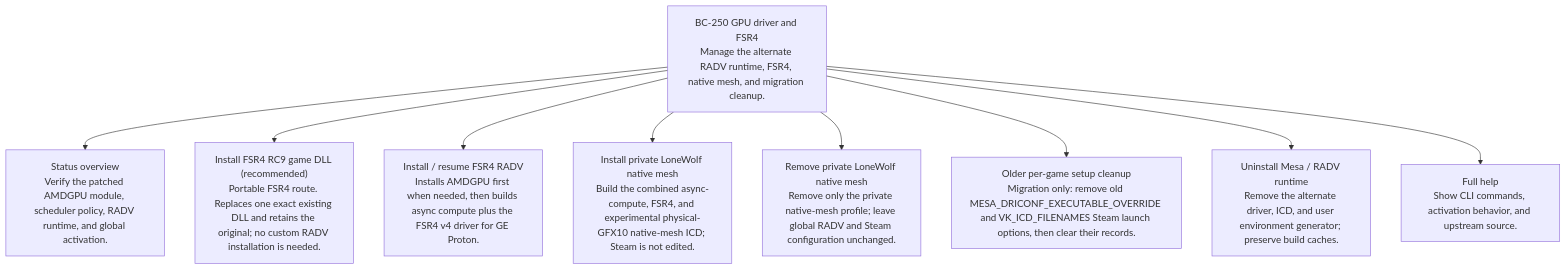
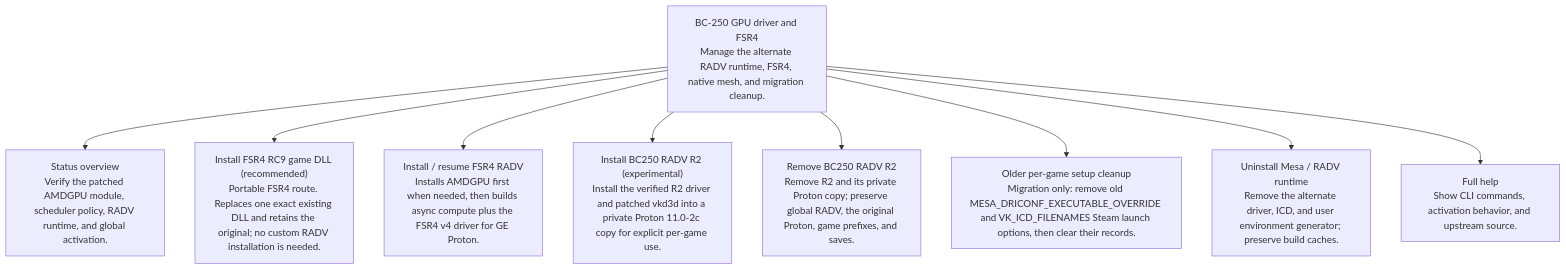
Before and after one commit to keyboardspecialist/bc250-steamos: the diagram in menus/mesh-shader.mmd, drawn with Mermaid. The commit also changed 25 other files, not shown here.

Commit message:
feat: replace LoneWolf mesh profile with RADV R2

```diff
--- a/menus/mesh-shader.mmd
+++ b/menus/mesh-shader.mmd
@@ -1,21 +1,21 @@
 %% menu-flow-v1
 flowchart TD
 
 menu__root["BC-250 GPU driver and FSR4<br/>Manage the alternate RADV runtime, FSR4, native mesh, and migration cleanup."]:::root
 action__status["Status overview<br/>Verify the patched AMDGPU module, scheduler policy, RADV runtime, and global activation."]:::read_only
 action__fsr4_dll["Install FSR4 RC9 game DLL (recommended)<br/>Portable FSR4 route. Replaces one exact existing DLL and retains the original; no custom RADV installation is needed."]:::install
 action__setup["Install / resume FSR4 RADV<br/>Installs AMDGPU first when needed, then builds async compute plus the FSR4 v4 driver for GE Proton."]:::install
-action__native_mesh_install["Install private LoneWolf native mesh<br/>Build the combined async-compute, FSR4, and experimental physical-GFX10 native-mesh ICD; Steam is not edited."]:::experimental
-action__native_mesh_remove["Remove private LoneWolf native mesh<br/>Remove only the private native-mesh profile; leave global RADV and Steam configuration unchanged."]:::cleanup
+action__native_mesh_install["Install BC250 RADV R2 (experimental)<br/>Install the verified R2 driver and patched vkd3d into a private Proton 11.0-2c copy for explicit per-game use."]:::experimental
+action__native_mesh_remove["Remove BC250 RADV R2<br/>Remove R2 and its private Proton copy; preserve global RADV, the original Proton, game prefixes, and saves."]:::cleanup
 action__legacy_cleanup["Older per-game setup cleanup<br/>Migration only: remove old MESA_DRICONF_EXECUTABLE_OVERRIDE and VK_ICD_FILENAMES Steam launch options, then clear their records."]:::cleanup
 action__uninstall["Uninstall Mesa / RADV runtime<br/>Remove the alternate driver, ICD, and user environment generator; preserve build caches."]:::cleanup
 action__help["Full help<br/>Show CLI commands, activation behavior, and upstream source."]:::read_only
 
 menu__root --> action__status
 menu__root --> action__fsr4_dll
 menu__root --> action__setup
 menu__root --> action__native_mesh_install
 menu__root --> action__native_mesh_remove
 menu__root --> action__legacy_cleanup
 menu__root --> action__uninstall
 menu__root --> action__help
```
